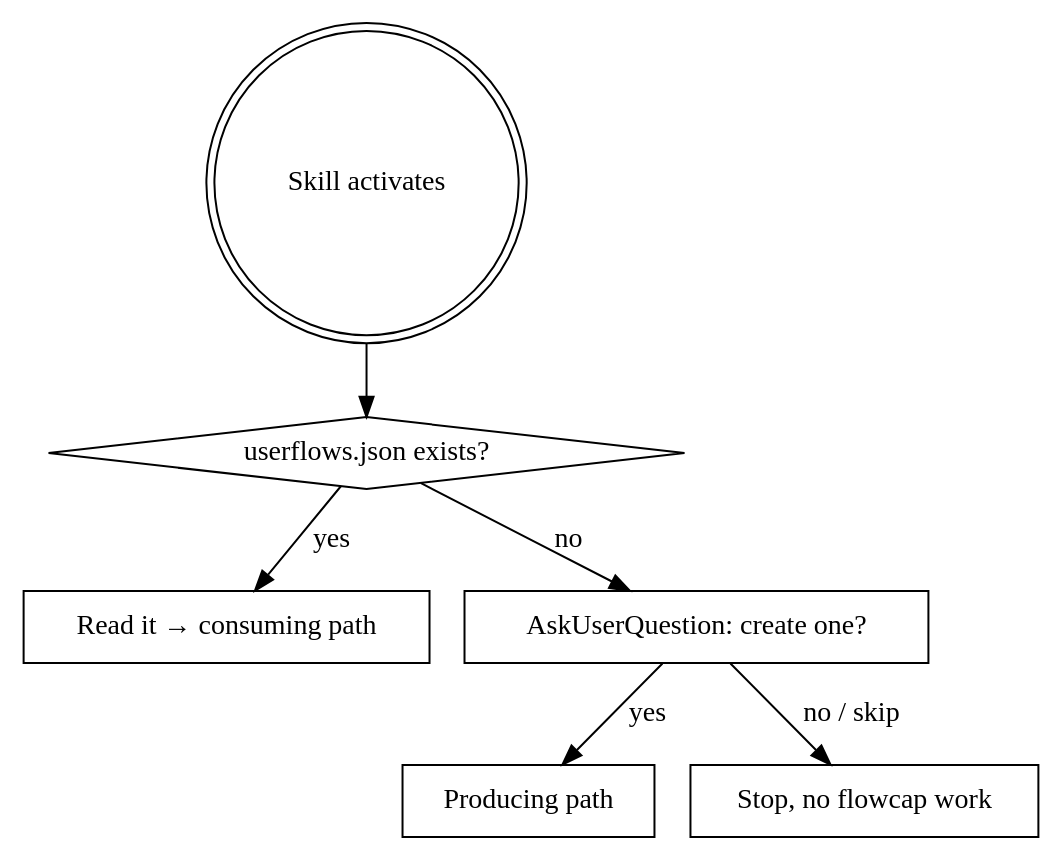
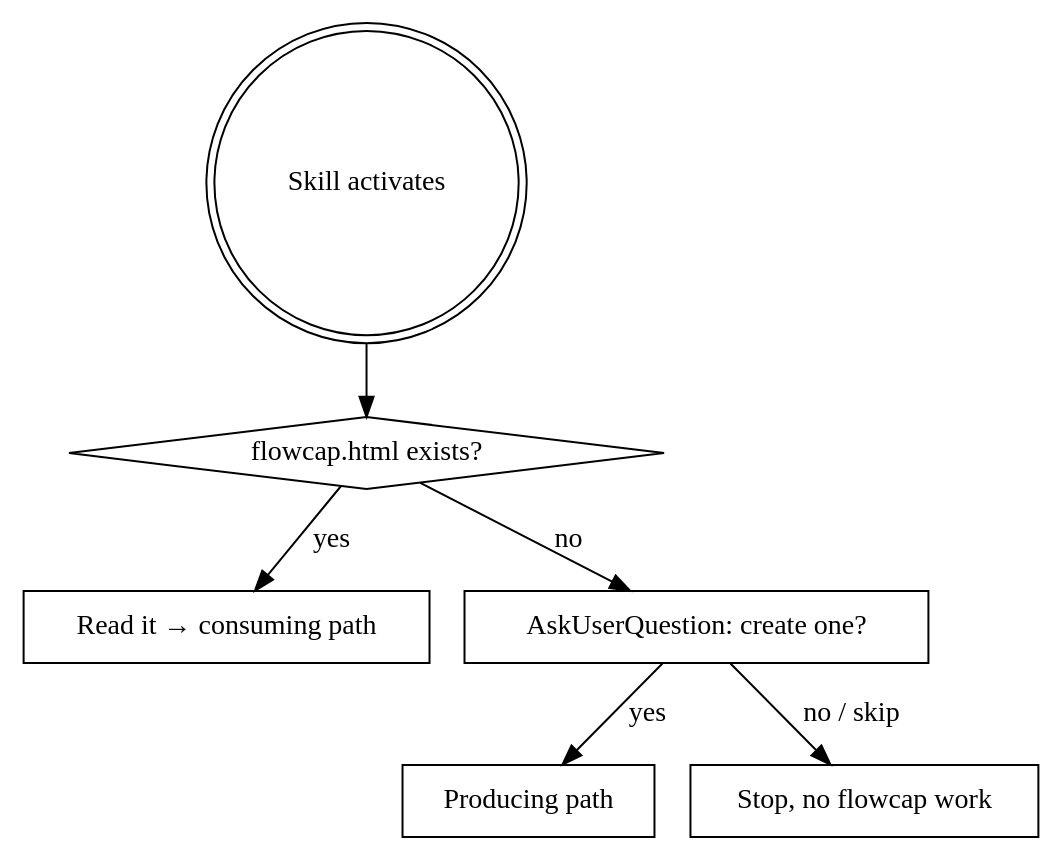
One commit to addisonk/claude-code-skills changed the diagram in dev-tools/flowcap/SKILL.md. Above: the diagram before and after it, drawn with Graphviz. The commit also changed other lines of this file and 2 other files, not shown here.

First line of the commit message:
flowcap: emit one self-contained HTML, drop sibling userflows.json

````diff
--- a/dev-tools/flowcap/SKILL.md
+++ b/dev-tools/flowcap/SKILL.md
@@ -16,16 +16,16 @@
 ```dot
 digraph entry {
   "Skill activates" [shape=doublecircle];
-  "userflows.json exists?" [shape=diamond];
+  "flowcap.html exists?" [shape=diamond];
   "Read it → consuming path" [shape=box];
   "AskUserQuestion: create one?" [shape=box];
   "Producing path" [shape=box];
   "Stop, no flowcap work" [shape=box];
 
-  "Skill activates" -> "userflows.json exists?";
-  "userflows.json exists?" -> "Read it → consuming path" [label="yes"];
-  "userflows.json exists?" -> "AskUserQuestion: create one?" [label="no"];
+  "Skill activates" -> "flowcap.html exists?";
+  "flowcap.html exists?" -> "Read it → consuming path" [label="yes"];
+  "flowcap.html exists?" -> "AskUserQuestion: create one?" [label="no"];
   "AskUserQuestion: create one?" -> "Producing path" [label="yes"];
   "AskUserQuestion: create one?" -> "Stop, no flowcap work" [label="no / skip"];
 }
 ```
````
